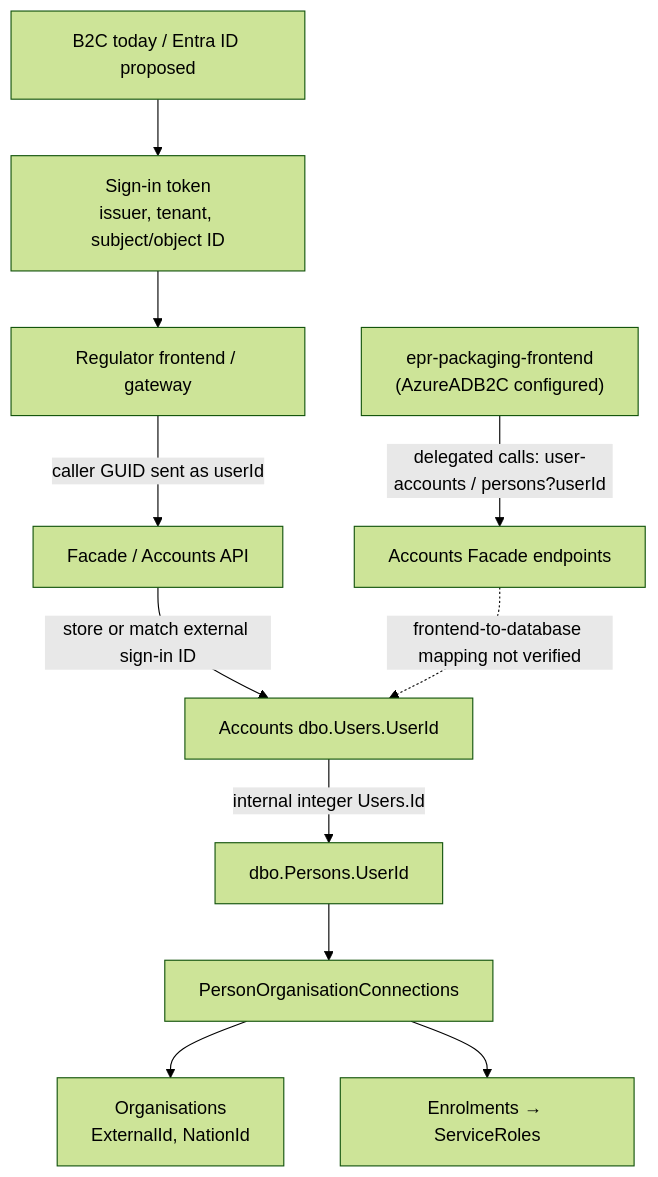
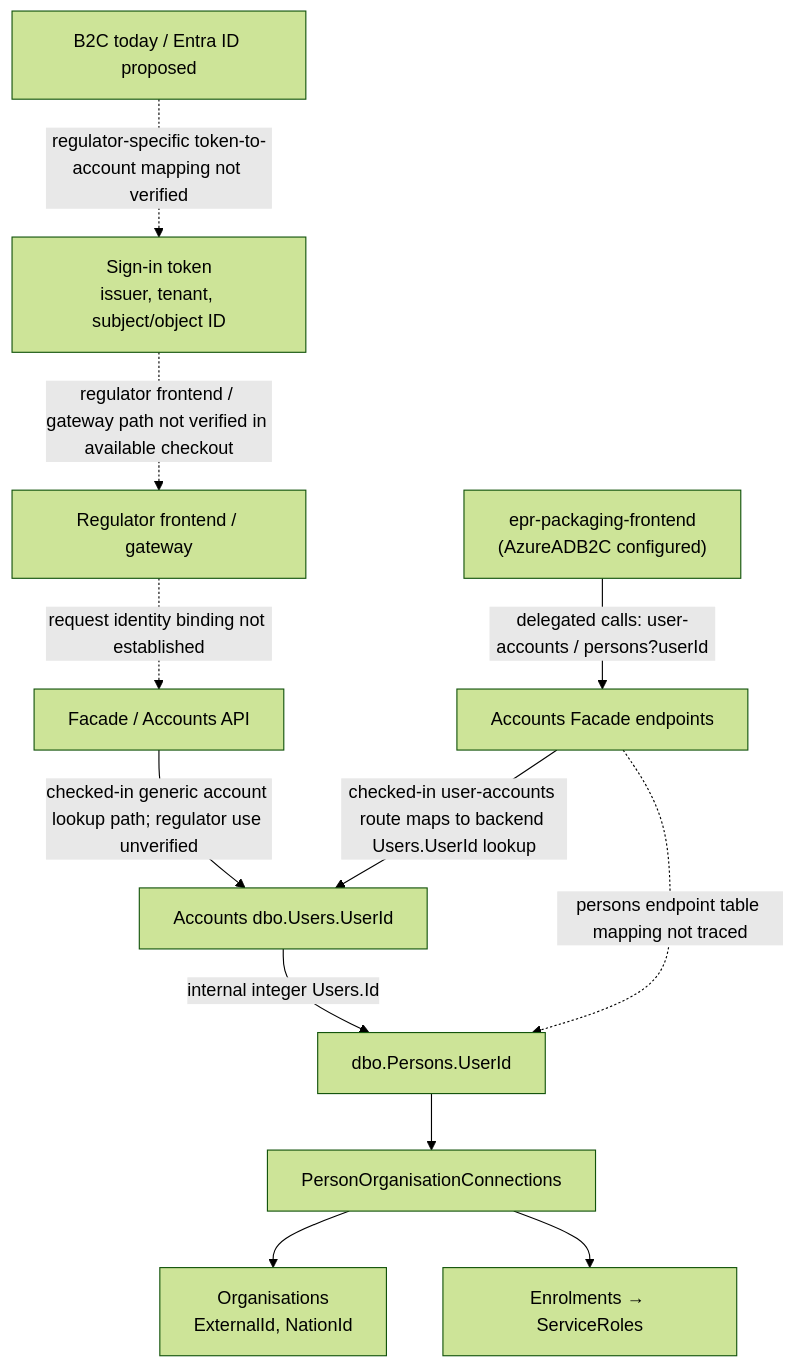
One commit to DEFRA/epr-data-sqldb changed the first of 6 diagrams in docs/identity_provider_EntraID/rpd-users-userid-entra-migration.md. Above: the diagram before and after it, drawn with Mermaid (forest theme). The commit also changed other lines of this file and 2 other files, not shown here.

````diff
--- a/docs/identity_provider_EntraID/rpd-users-userid-entra-migration.md
+++ b/docs/identity_provider_EntraID/rpd-users-userid-entra-migration.md
@@ -17,13 +17,14 @@
 ```mermaid
 flowchart TB
-    IdP["B2C today / Entra ID proposed"] --> Token["Sign-in token\nissuer, tenant, subject/object ID"]
-    Token --> RegFE["Regulator frontend / gateway"]
-    RegFE -->|"caller GUID sent as userId"| AccountAPI["Facade / Accounts API"]
-    AccountAPI -->|"store or match external sign-in ID"| AccountsUser["Accounts dbo.Users.UserId"]
+    IdP["B2C today / Entra ID proposed"] -. "regulator-specific token-to-account mapping not verified" .-> Token["Sign-in token\nissuer, tenant, subject/object ID"]
+    Token -. "regulator frontend / gateway path not verified in available checkout" .-> RegFE["Regulator frontend / gateway"]
+    RegFE -. "request identity binding not established" .-> AccountAPI["Facade / Accounts API"]
+    AccountAPI -->|"checked-in generic account lookup path; regulator use unverified"| AccountsUser["Accounts dbo.Users.UserId"]
     PackagingFrontend["epr-packaging-frontend\n(AzureADB2C configured)"] -->|"delegated calls: user-accounts / persons?userId"| PackagingAccountsAPI["Accounts Facade endpoints"]
-    PackagingAccountsAPI -. "frontend-to-database mapping not verified" .-> AccountsUser
+    PackagingAccountsAPI -->|"checked-in user-accounts route maps to backend Users.UserId lookup"| AccountsUser
+    PackagingAccountsAPI -. "persons endpoint table mapping not traced" .-> AccountsPerson
     AccountsUser -->|"internal integer Users.Id"| AccountsPerson["dbo.Persons.UserId"]
     AccountsPerson --> AccountsLink["PersonOrganisationConnections"]
     AccountsLink --> AccountsOrg["Organisations\nExternalId, NationId"]
     AccountsLink --> AccountsEnrol["Enrolments → ServiceRoles"]
 ```
````
